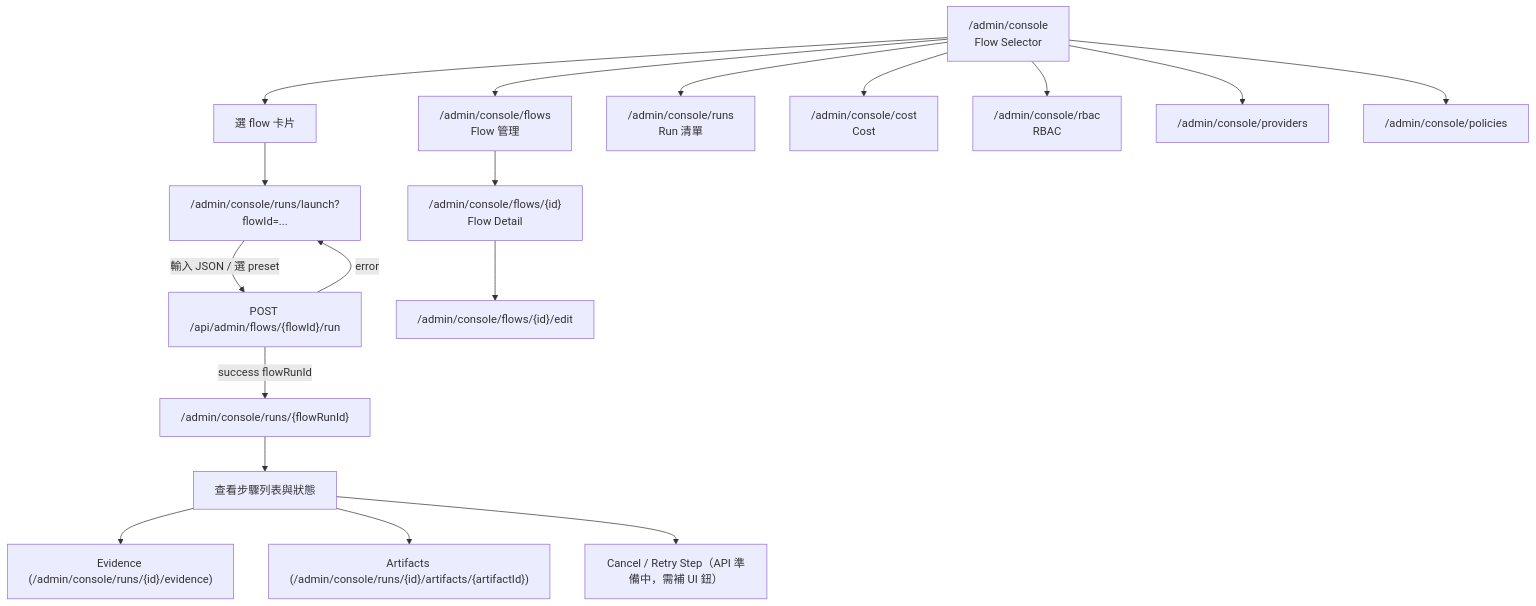
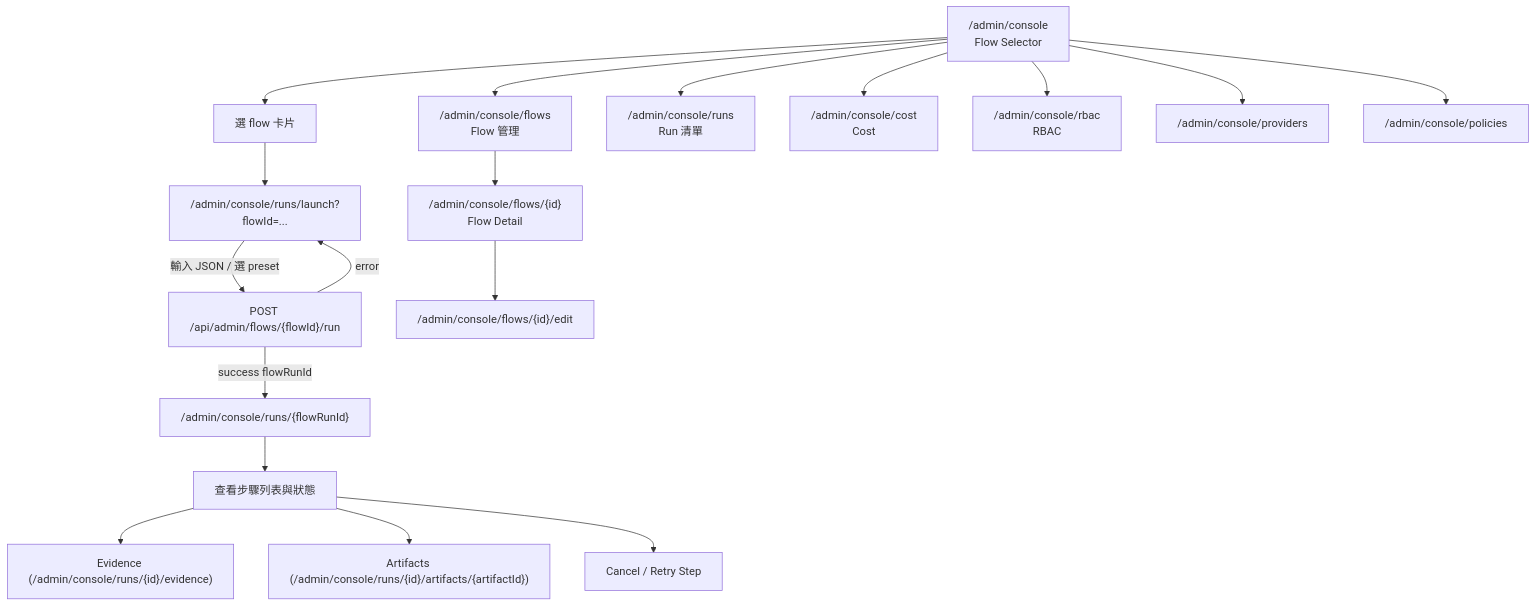
Before and after one commit to vincentxuu/quidproquo: the diagram in docs/agent-console-runbook.md, drawn with Mermaid. The commit also changed other lines of this file and 89 other files, not shown here.

````diff
--- a/docs/agent-console-runbook.md
+++ b/docs/agent-console-runbook.md
@@ -10,20 +10,20 @@
 ```mermaid
 flowchart TD
   A["/admin/console\nFlow Selector"] --> B["選 flow 卡片"]
   B --> C["/admin/console/runs/launch?flowId=..."]
   C -->|輸入 JSON / 選 preset| D["POST /api/admin/flows/{flowId}/run"]
   D -->|success flowRunId| E["/admin/console/runs/{flowRunId}"]
   D -->|error| C
   E --> F["查看步驟列表與狀態"]
   F --> G["Evidence (/admin/console/runs/{id}/evidence)"]
   F --> H["Artifacts (/admin/console/runs/{id}/artifacts/{artifactId})"]
-  F --> I["Cancel / Retry Step（API 準備中，需補 UI 鈕）"]
+  F --> I["Cancel / Retry Step"]
   A --> J["/admin/console/flows\nFlow 管理"]
   J --> K["/admin/console/flows/{id}\nFlow Detail"]
   K --> L["/admin/console/flows/{id}/edit"]
   A --> M["/admin/console/runs\nRun 清單"]
   A --> N["/admin/console/cost\nCost"]
   A --> O["/admin/console/rbac\nRBAC"]
   A --> P["/admin/console/providers"]
   A --> Q["/admin/console/policies"]
 ```
````
